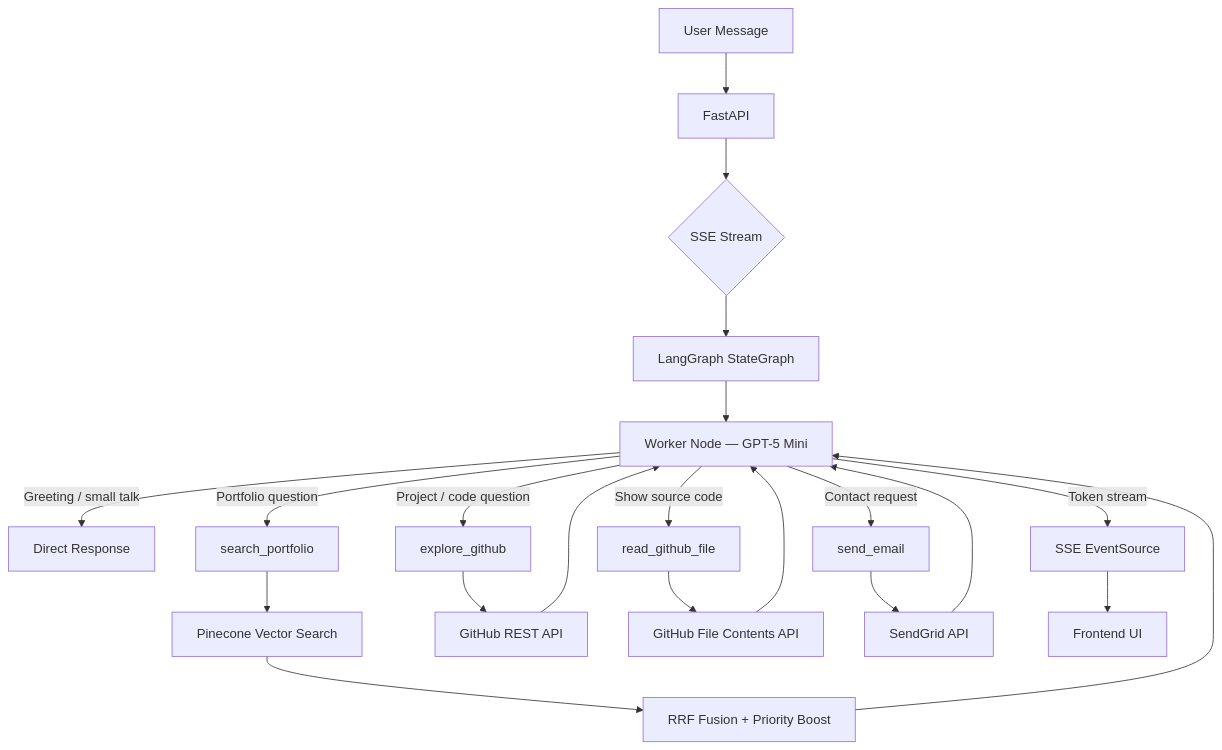
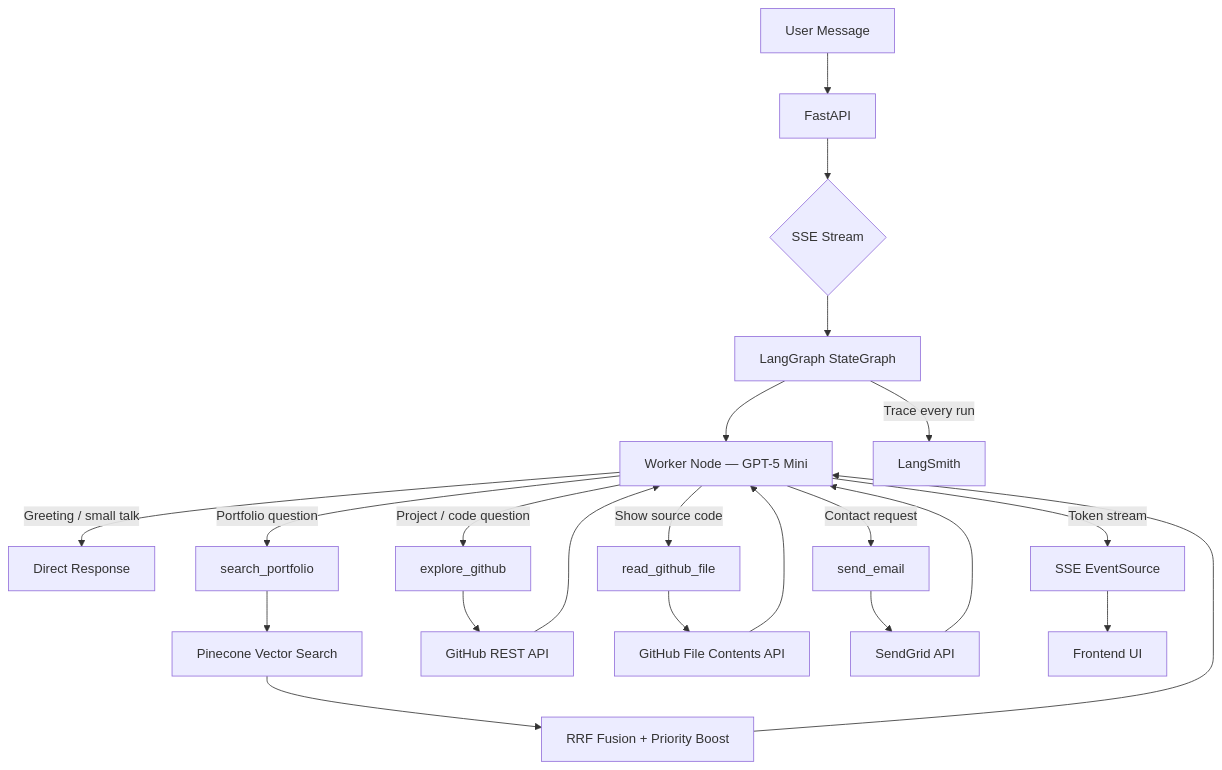
The diagram in README.md (ShashikarNEU/portfolio-rag-chatbot), drawn with Mermaid before and after one commit. The commit also changed other lines of this file, not shown here.

Commit message:
docs: add LangSmith observability and UptimeRobot keepalive sections

````diff
--- a/README.md
+++ b/README.md
@@ -37,29 +40,31 @@
 ```mermaid
 graph TD
     A[User Message] --> B[FastAPI]
     B --> C{SSE Stream}
     C --> D[LangGraph StateGraph]
     D --> E[Worker Node — GPT-5 Mini]
 
     E -->|Greeting / small talk| F[Direct Response]
     E -->|Portfolio question| G[search_portfolio]
     E -->|Project / code question| H[explore_github]
     E -->|Show source code| I[read_github_file]
     E -->|Contact request| J[send_email]
 
     G --> K[Pinecone Vector Search]
     K --> L[RRF Fusion + Priority Boost]
     L --> E
 
     H --> M[GitHub REST API]
     M --> E
 
     I --> N[GitHub File Contents API]
     N --> E
 
     J --> O[SendGrid API]
     O --> E
 
     E -->|Token stream| P[SSE EventSource]
     P --> Q[Frontend UI]
+
+    D -->|Trace every run| R[LangSmith]
 ```
````
